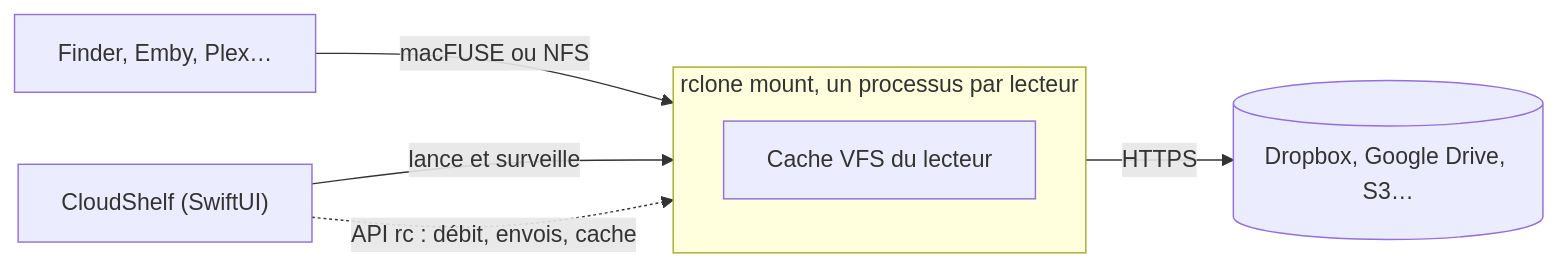
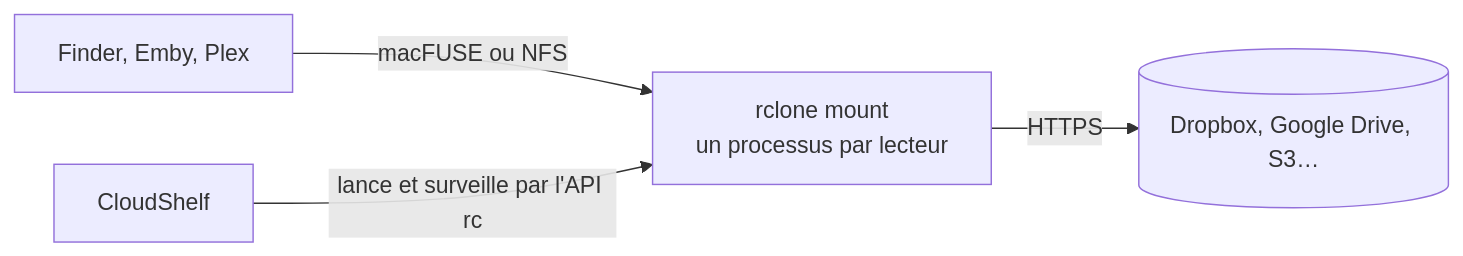
The diagram in README.md (LFR-54/CloudShelf), drawn with Mermaid before and after one commit. The commit also changed other lines of this file, not shown here.

Commit message:
README: align the screenshots and simplify the diagram

````diff
--- a/README.md
+++ b/README.md
@@ -101,10 +101,6 @@
 ```mermaid
 flowchart LR
-    Finder["Finder, Emby, Plex…"] -- "macFUSE ou NFS" --> Mount
-    App["CloudShelf (SwiftUI)"] -- "lance et surveille" --> Mount
-    App -. "API rc : débit, envois, cache" .-> Mount
-    subgraph Mount["rclone mount, un processus par lecteur"]
-        VFS["Cache VFS du lecteur"]
-    end
+    Finder["Finder, Emby, Plex"] -- "macFUSE ou NFS" --> Mount["rclone mount<br>un processus par lecteur"]
+    App["CloudShelf"] -- "lance et surveille par l'API rc" --> Mount
     Mount -- HTTPS --> Cloud[("Dropbox, Google Drive, S3…")]
 ```
````
